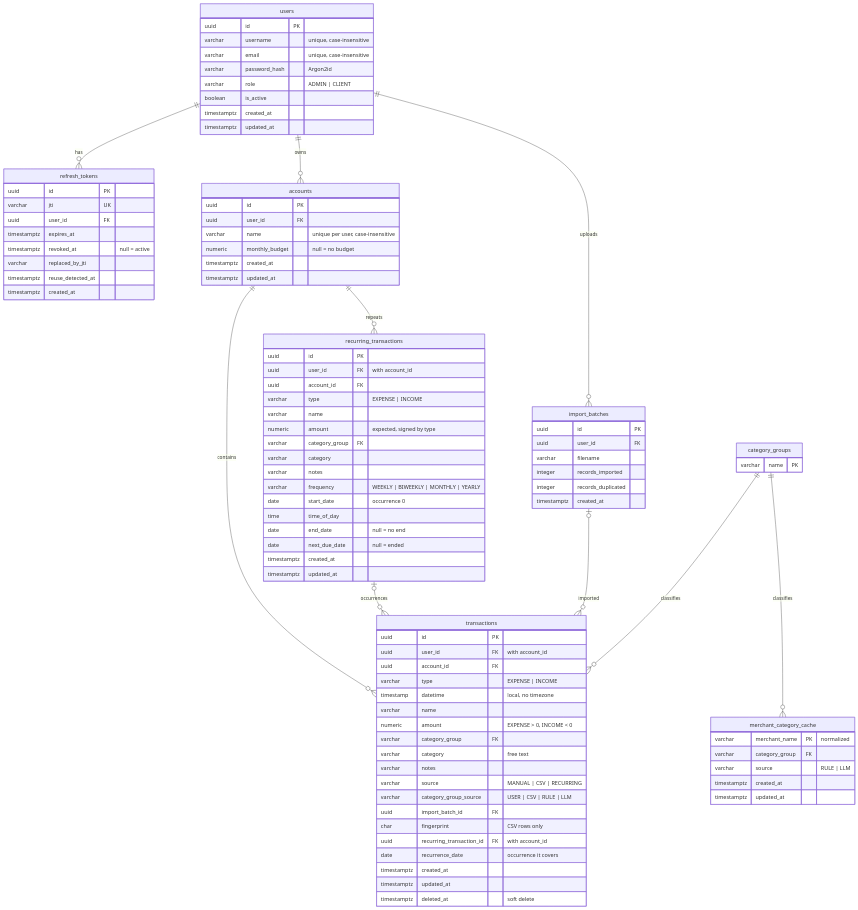
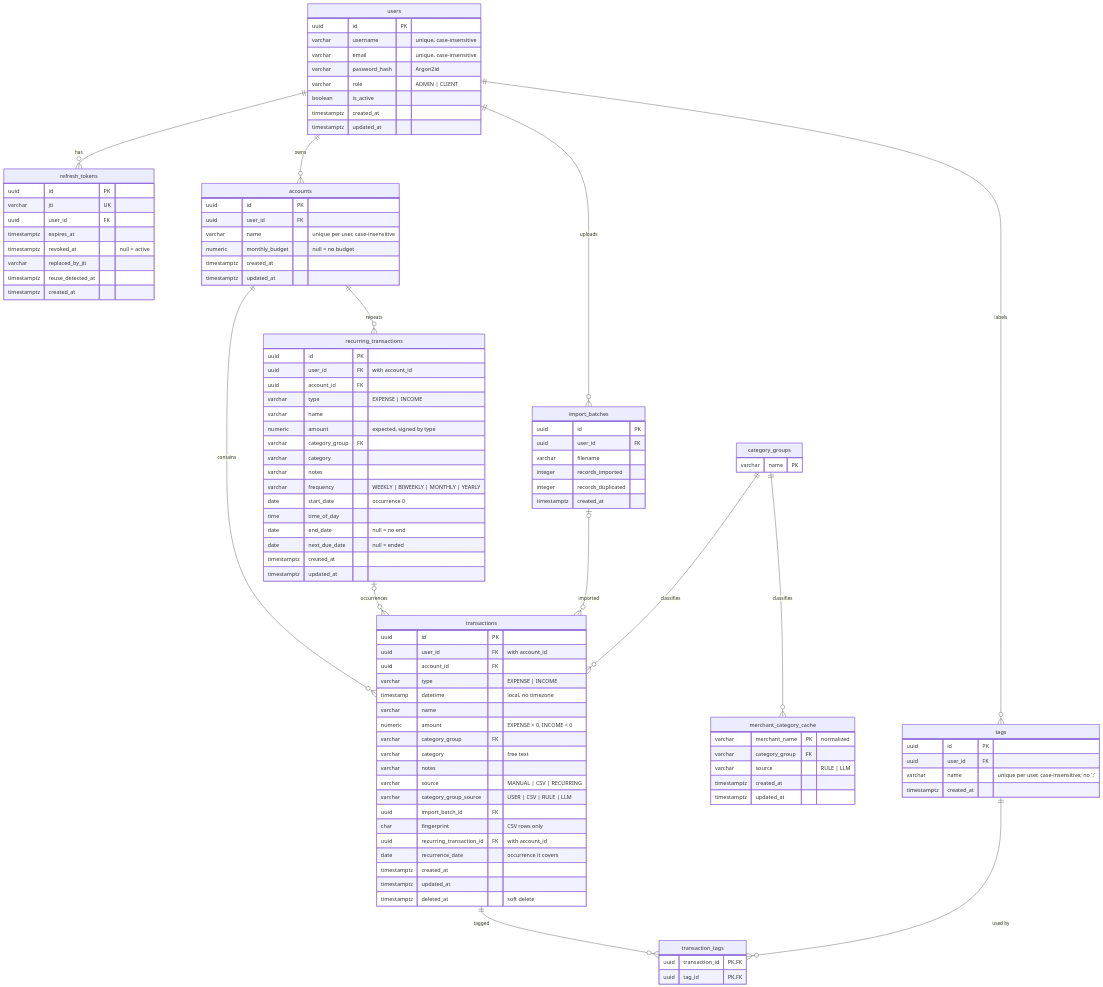
One commit to marcoPachecoM/Financial-Coach changed the diagram in docs/database.md. Above: the diagram before and after it, drawn with Mermaid. The commit also changed other lines of this file and 42 other files, not shown here.

Commit message:
feat: add tag transactions and filter or search by tag

```diff
--- a/docs/database.md
+++ b/docs/database.md
@@ -15,6 +15,9 @@
     import_batches |o--o{ transactions : "imported"
     category_groups ||--o{ transactions : "classifies"
     category_groups ||--o{ merchant_category_cache : "classifies"
+    users ||--o{ tags : "labels"
+    transactions ||--o{ transaction_tags : "tagged"
+    tags ||--o{ transaction_tags : "used by"
 
     users {
         uuid id PK
@@ -49,6 +52,18 @@
 
     category_groups {
         varchar name PK
+    }
+
+    tags {
+        uuid id PK
+        uuid user_id FK
+        varchar name "unique per user, case-insensitive; no ';'"
+        timestamptz created_at
+    }
+
+    transaction_tags {
+        uuid transaction_id PK,FK
+        uuid tag_id PK,FK
     }
 
     import_batches {
```
